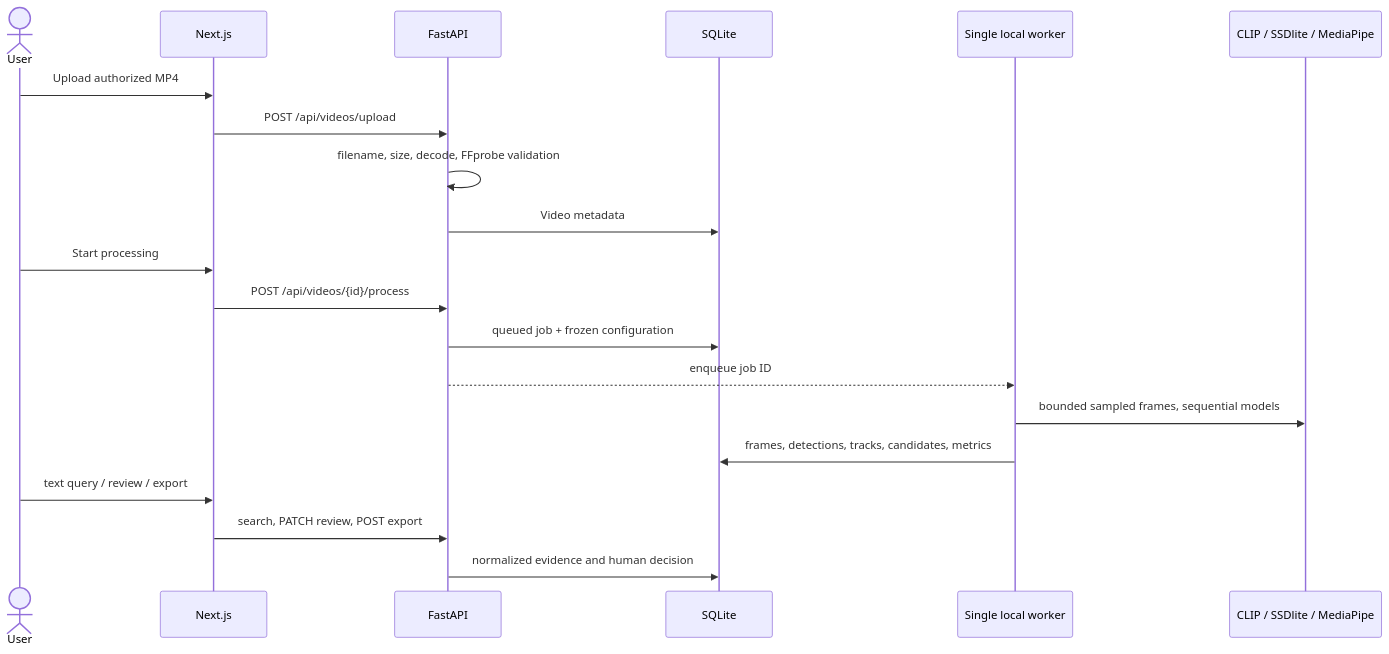
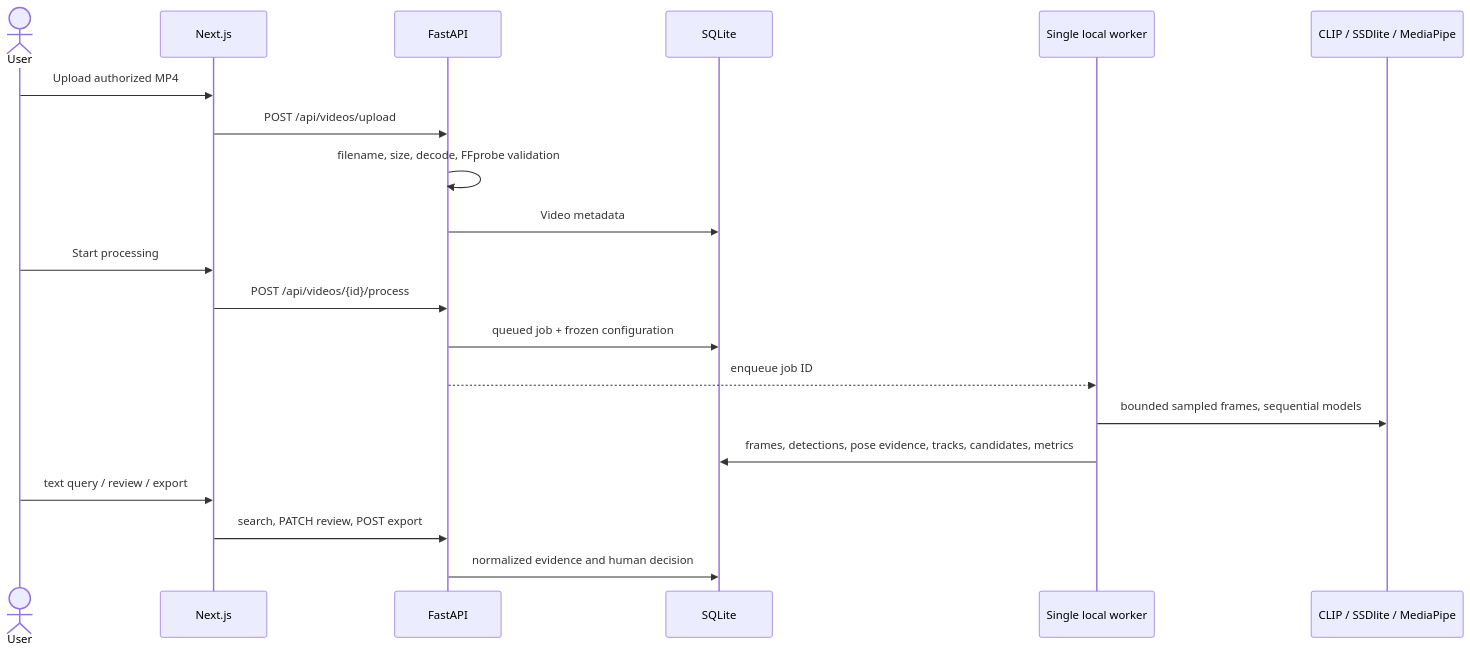
Before and after one commit to MDMinhajul-Islam/VisionGuard-AI: the diagram in docs/ARCHITECTURE.md, drawn with Mermaid. The commit also changed other lines of this file and 24 other files, not shown here.

````diff
--- a/docs/ARCHITECTURE.md
+++ b/docs/ARCHITECTURE.md
@@ -7,22 +7,22 @@
 ```mermaid
 sequenceDiagram
   actor User
   participant UI as Next.js
   participant API as FastAPI
   participant DB as SQLite
   participant Worker as Single local worker
   participant CV as CLIP / SSDlite / MediaPipe
   User->>UI: Upload authorized MP4
   UI->>API: POST /api/videos/upload
   API->>API: filename, size, decode, FFprobe validation
   API->>DB: Video metadata
   User->>UI: Start processing
   UI->>API: POST /api/videos/{id}/process
   API->>DB: queued job + frozen configuration
   API-->>Worker: enqueue job ID
   Worker->>CV: bounded sampled frames, sequential models
-  Worker->>DB: frames, detections, tracks, candidates, metrics
+  Worker->>DB: frames, detections, pose evidence, tracks, candidates, metrics
   User->>UI: text query / review / export
   UI->>API: search, PATCH review, POST export
   API->>DB: normalized evidence and human decision
 ```
````
